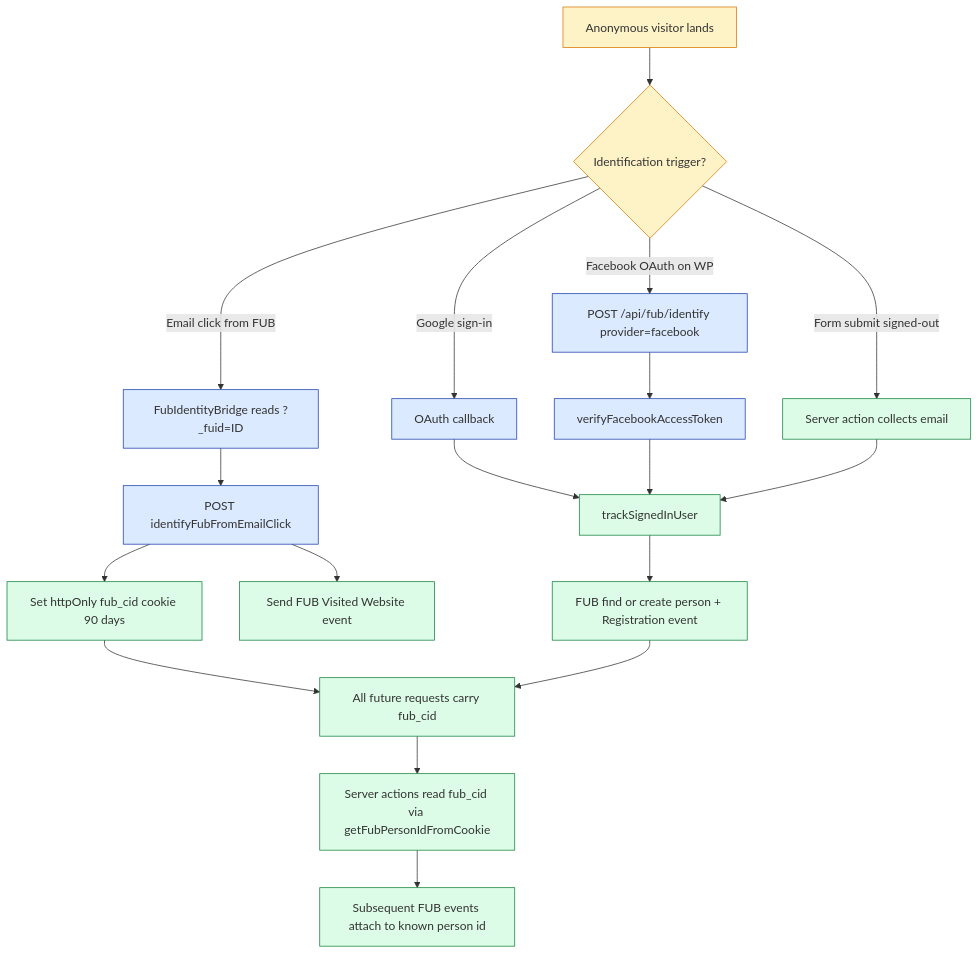
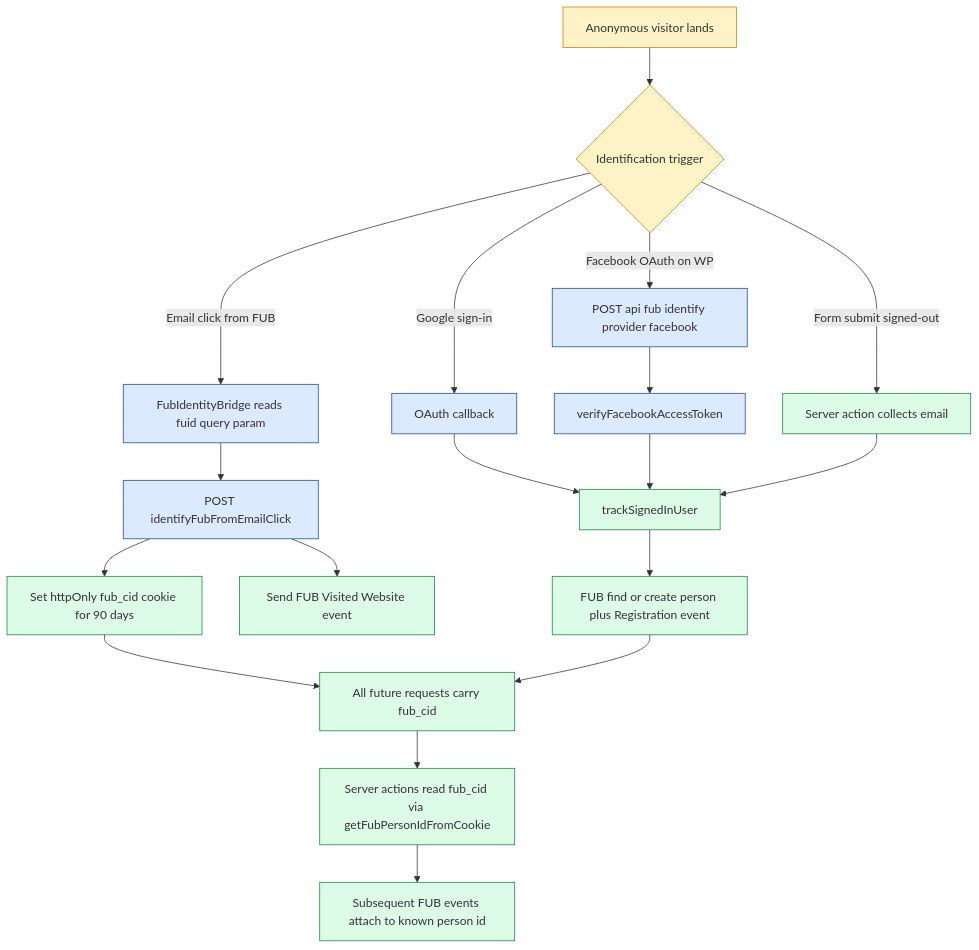
The third of 9 diagrams in docs/FACEBOOK_SELLER_GROWTH_PIPELINE.md (RyanRealty/RyanRealty), drawn with Mermaid before and after one commit. The commit also changed other lines of this file and 2 other files, not shown here.

First line of the commit message:
fix(docs): rewrite pipeline doc mermaid blocks for mermaid 11 strict parser

````diff
--- a/docs/FACEBOOK_SELLER_GROWTH_PIPELINE.md
+++ b/docs/FACEBOOK_SELLER_GROWTH_PIPELINE.md
@@ -169,33 +169,33 @@
 ```mermaid
 flowchart TD
-    A[Anonymous visitor lands] --> B{Identification trigger?}
+    A["Anonymous visitor lands"] --> B{"Identification trigger"}
 
-    B -->|Email click from FUB| C[FubIdentityBridge reads ?_fuid=ID]
-    C --> D[POST identifyFubFromEmailClick]
-    D --> E[Set httpOnly fub_cid cookie 90 days]
-    D --> F[Send FUB Visited Website event]
+    B -->|Email click from FUB| C["FubIdentityBridge reads fuid query param"]
+    C --> D["POST identifyFubFromEmailClick"]
+    D --> E["Set httpOnly fub_cid cookie for 90 days"]
+    D --> F["Send FUB Visited Website event"]
 
-    B -->|Google sign-in| G[OAuth callback]
-    G --> H[trackSignedInUser]
-    H --> I[FUB find or create person + Registration event]
+    B -->|Google sign-in| G["OAuth callback"]
+    G --> H["trackSignedInUser"]
+    H --> I["FUB find or create person plus Registration event"]
 
-    B -->|Facebook OAuth on WP| J[POST /api/fub/identify provider=facebook]
-    J --> K[verifyFacebookAccessToken]
+    B -->|Facebook OAuth on WP| J["POST api fub identify provider facebook"]
+    J --> K["verifyFacebookAccessToken"]
     K --> H
 
-    B -->|Form submit signed-out| L[Server action collects email]
+    B -->|Form submit signed-out| L["Server action collects email"]
     L --> H
 
-    E --> M[All future requests carry fub_cid]
+    E --> M["All future requests carry fub_cid"]
     I --> M
-    M --> N[Server actions read fub_cid via getFubPersonIdFromCookie]
-    N --> O[Subsequent FUB events attach to known person id]
+    M --> N["Server actions read fub_cid via getFubPersonIdFromCookie"]
+    N --> O["Subsequent FUB events attach to known person id"]
 
     classDef trigger fill:#fef3c7,stroke:#d97706
     classDef bridge fill:#dbeafe,stroke:#1e40af
     classDef fub fill:#dcfce7,stroke:#15803d
 
     class A,B trigger
     class C,D,G,J,K bridge
     class E,F,H,I,L,M,N,O fub
 ```
````
